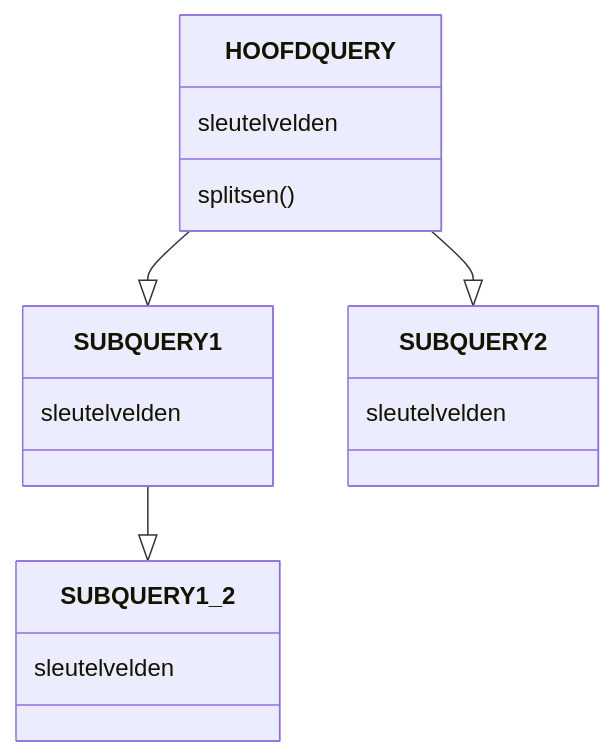
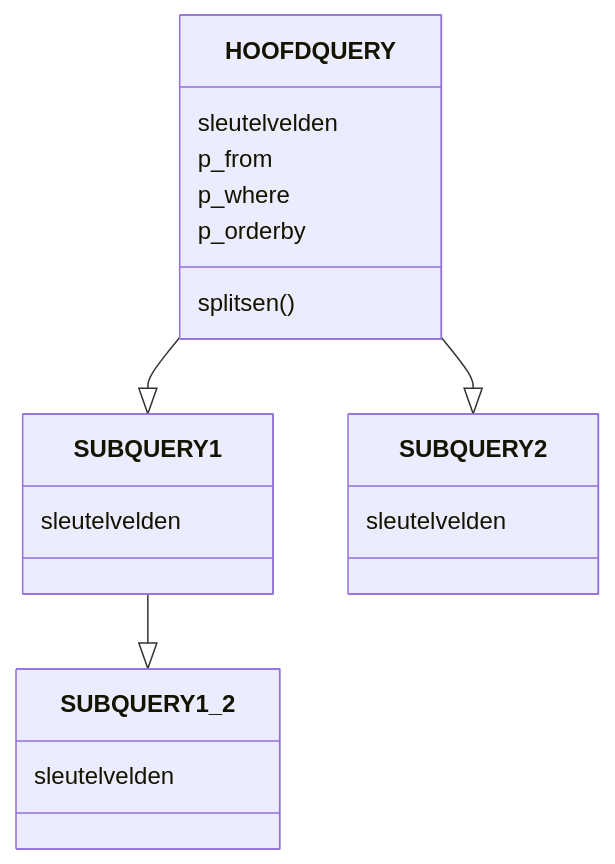
The diagram in sandbox/diagram.md (fvdsdel/BI_publisher), drawn with Mermaid before and after one commit.

````diff
--- a/sandbox/diagram.md
+++ b/sandbox/diagram.md
@@ -1,21 +1,24 @@
 ```mermaid
 classDiagram
     HOOFDQUERY: sleutelvelden
+    HOOFDQUERY: p_from
+    HOOFDQUERY: p_where
+    HOOFDQUERY: p_orderby
     HOOFDQUERY: splitsen()
     HOOFDQUERY --|> SUBQUERY1
     HOOFDQUERY --|> SUBQUERY2
-SUBQUERY1 --|> SUBQUERY1_2
+    SUBQUERY1 --|> SUBQUERY1_2
   
 class SUBQUERY1{
       sleutelvelden
       
     }
 
 class SUBQUERY2{
       sleutelvelden
     }
 class SUBQUERY1_2{
       sleutelvelden
     }
 
 ```
````
